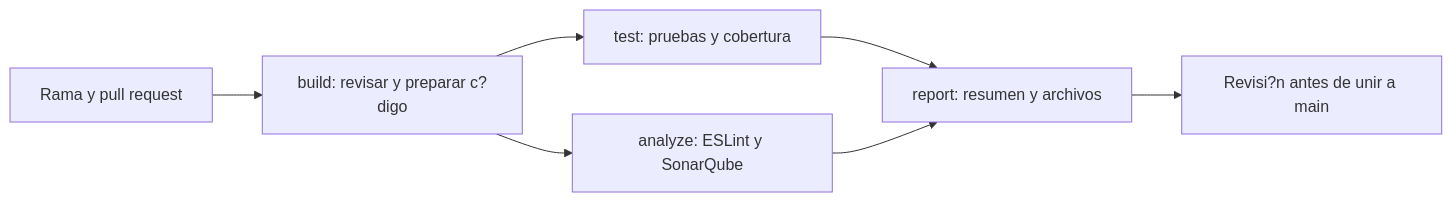
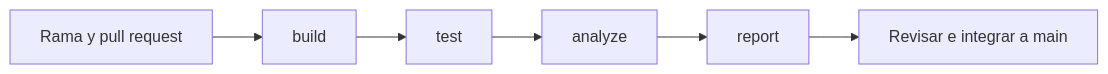
Before and after one commit to Luis-Adolfo-Gomez-Morales/Taller-Mecanico-SQA: the diagram in README.md, drawn with Mermaid. The commit also changed other lines of this file and 30 other files, not shown here.

````diff
--- a/README.md
+++ b/README.md
@@ -55,9 +70,8 @@
 ```mermaid
 flowchart LR
-    A[Rama y pull request] --> B[build: revisar y preparar c?digo]
-    B --> C[test: pruebas y cobertura]
-    B --> D[analyze: ESLint y SonarQube]
-    C --> E[report: resumen y archivos]
-    D --> E
-    E --> F[Revisi?n antes de unir a main]
+    A[Rama y pull request] --> B[build]
+    B --> C[test]
+    C --> D[analyze]
+    D --> E[report]
+    E --> F[Revisar e integrar a main]
 ```
````
